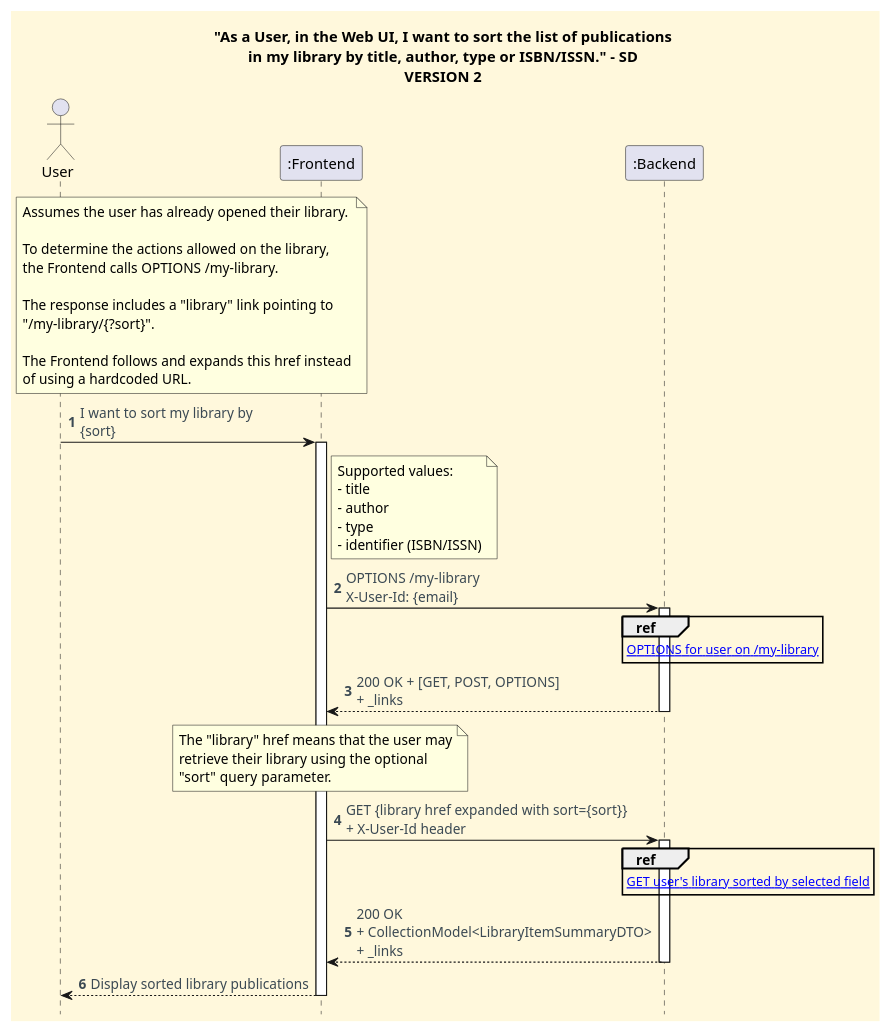
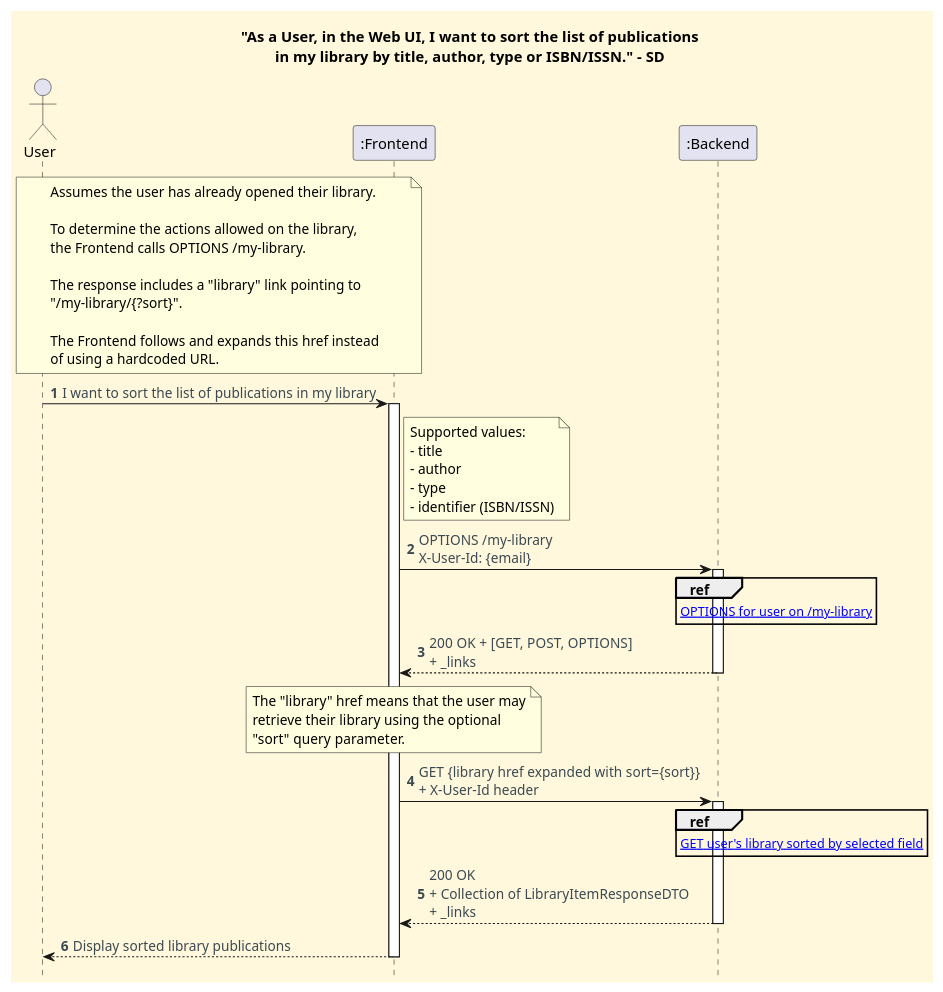
One commit to CarolinaLeite-collab/JavaMarketplacePlatform changed the diagram in docs/client-server-diagrams/sort-publications-in-library-by-title-author-type-or-isbn-issn/Process_View_Level_3_SD.puml. Above: the diagram before and after it, drawn with PlantUML. The commit also changed 2 other files, not shown here.

Commit message:
docs: align library sorting diagrams with implementation, refs #1139

```diff
--- a/docs/client-server-diagrams/sort-publications-in-library-by-title-author-type-or-isbn-issn/Process_View_Level_3_SD.puml
+++ b/docs/client-server-diagrams/sort-publications-in-library-by-title-author-type-or-isbn-issn/Process_View_Level_3_SD.puml
@@ -1,73 +1,73 @@
 @startuml
-title "As a User, in the Web UI, I want to sort the list of publications\nin my library by title, author, type or ISBN/ISSN." - SD\nVERSION 2
+title "As a User, in the Web UI, I want to sort the list of publications\nin my library by title, author, type or ISBN/ISSN." - SD
 
 skinparam monochrome false
 skinparam shadowing false
 skinparam defaultFontName Futura
 skinparam objectFontSize 20
 skinparam backgroundColor CornSilk
 skinparam objectBackgroundColor WhiteSmoke
 skinparam noteBackgroundColor #FFFFE0
 skinparam ArrowFontColor #3B4953
 skinparam ActivationBackgroundColor black
 hidefootbox
 autonumber
 
 actor User
 participant ":Frontend" as Frontend
 participant ":Backend" as Backend
 
 note over User, Frontend
 Assumes the user has already opened their library.
 
 To determine the actions allowed on the library,
 the Frontend calls OPTIONS /my-library.
 
 The response includes a "library" link pointing to
 "/my-library/{?sort}".
 
 The Frontend follows and expands this href instead
 of using a hardcoded URL.
 end note
 
-User -> Frontend : I want to sort my library by\n{sort}
+User -> Frontend : I want to sort the list of publications in my library
 activate Frontend
 
 note right of Frontend
 Supported values:
 - title
 - author
 - type
 - identifier (ISBN/ISSN)
 end note
 
 Frontend -> Backend : OPTIONS /my-library\nX-User-Id: {email}
 activate Backend
 
 ref over Backend
 [[rest-sd-ref-diagrams/OPTIONS_My_Library_SD.puml OPTIONS for user on /my-library]]
 end ref
 
 Backend --> Frontend : 200 OK + [GET, POST, OPTIONS]\n+ _links
 deactivate Backend
 
 note over Frontend
 The "library" href means that the user may
 retrieve their library using the optional
 "sort" query parameter.
 end note
 
 Frontend -> Backend : GET {library href expanded with sort={sort}}\n+ X-User-Id header
 activate Backend
 
 ref over Backend
 [[rest-sd-ref-diagrams/GET_Sorted_My_Library_SD.puml GET user's library sorted by selected field]]
 end ref
 
-Backend --> Frontend : 200 OK\n+ CollectionModel<LibraryItemSummaryDTO>\n+ _links
+Backend --> Frontend : 200 OK\n+ Collection of LibraryItemResponseDTO\n+ _links
 deactivate Backend
 
 Frontend --> User : Display sorted library publications
 deactivate Frontend
 
 @enduml
```
